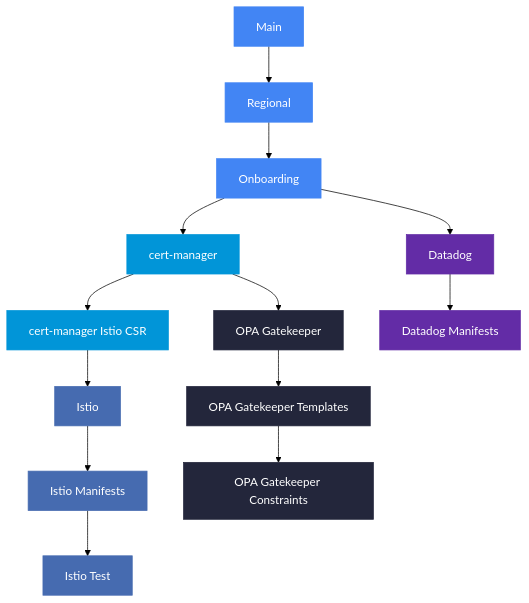
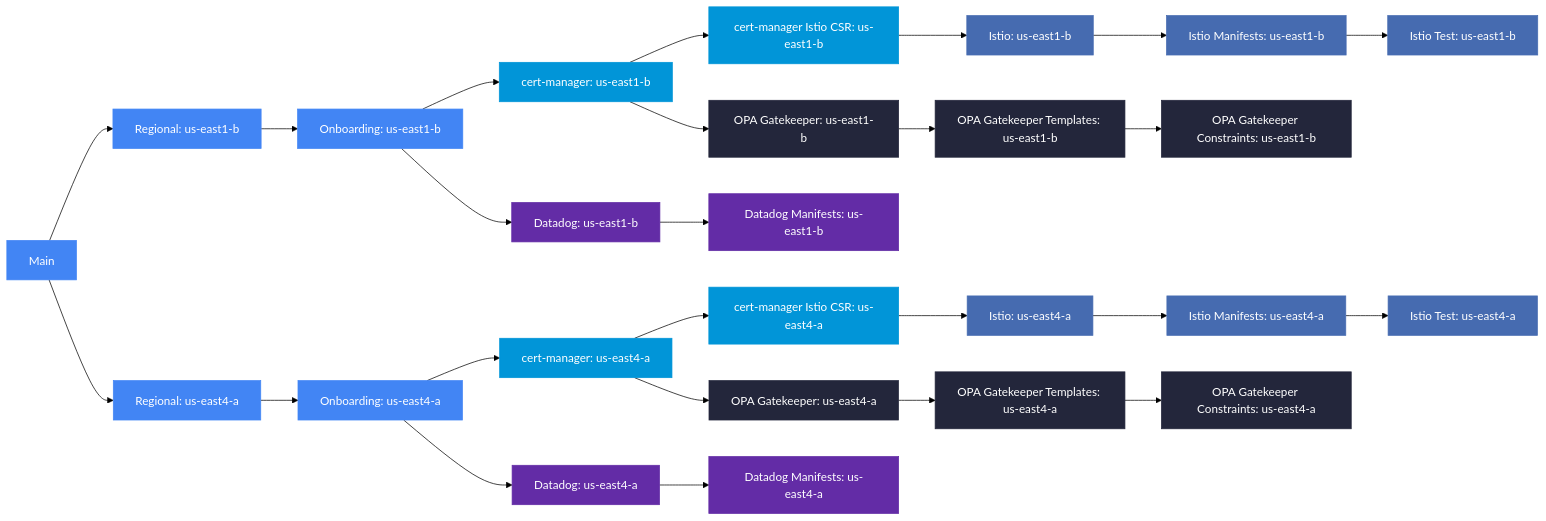
The diagram in README.md (osinfra-io/pt-pneuma), drawn with Mermaid (forest theme) before and after one commit. The commit also changed other lines of this file, not shown here.

Commit message:
Show multi-zone horizontal deployment dependency graph (#77)

````diff
--- a/README.md
+++ b/README.md
@@ -34,30 +34,36 @@
 ```mermaid
-flowchart TD
+flowchart LR
     classDef gke fill:#4285F4,stroke:#4285F4,color:#fff
     classDef certmanager fill:#0195D8,stroke:#0195D8,color:#fff
     classDef istio fill:#466BB0,stroke:#466BB0,color:#fff
     classDef datadog fill:#632CA6,stroke:#632CA6,color:#fff
     classDef opa fill:#23263B,stroke:#23263B,color:#fff
 
     main["Main"]:::gke
-    zone["Regional"]:::gke
-    onboarding["Onboarding"]:::gke
 
-    main --> zone
-    zone --> onboarding
-    onboarding --> cert_manager["cert-manager"]:::certmanager
+    main --> z1_regional["Regional: us-east1-b"]:::gke
+    z1_regional --> z1_onboarding["Onboarding: us-east1-b"]:::gke
+    z1_onboarding --> z1_cert_manager["cert-manager: us-east1-b"]:::certmanager
+    z1_onboarding --> z1_datadog["Datadog: us-east1-b"]:::datadog
+    z1_cert_manager --> z1_cert_manager_istio_csr["cert-manager Istio CSR: us-east1-b"]:::certmanager
+    z1_cert_manager --> z1_opa_gatekeeper["OPA Gatekeeper: us-east1-b"]:::opa
+    z1_cert_manager_istio_csr --> z1_istio["Istio: us-east1-b"]:::istio
+    z1_istio --> z1_istio_manifests["Istio Manifests: us-east1-b"]:::istio
+    z1_istio_manifests --> z1_istio_test["Istio Test: us-east1-b"]:::istio
+    z1_datadog --> z1_datadog_manifests["Datadog Manifests: us-east1-b"]:::datadog
+    z1_opa_gatekeeper --> z1_opa_templates["OPA Gatekeeper Templates: us-east1-b"]:::opa
+    z1_opa_templates --> z1_opa_constraints["OPA Gatekeeper Constraints: us-east1-b"]:::opa
 
-    cert_manager --> cert_manager_istio_csr["cert-manager Istio CSR"]:::certmanager
-    cert_manager --> opa_gatekeeper["OPA Gatekeeper"]:::opa
-
-    cert_manager_istio_csr --> istio["Istio"]:::istio
-
-    onboarding --> datadog["Datadog"]:::datadog
-
-    datadog --> datadog_manifests["Datadog Manifests"]:::datadog
-    istio --> istio_manifests["Istio Manifests"]:::istio
-    istio_manifests --> istio_test["Istio Test"]:::istio
-
-    opa_gatekeeper --> opa_gatekeeper_templates["OPA Gatekeeper Templates"]:::opa
-    opa_gatekeeper_templates --> opa_gatekeeper_constraints["OPA Gatekeeper Constraints"]:::opa
+    main --> z2_regional["Regional: us-east4-a"]:::gke
+    z2_regional --> z2_onboarding["Onboarding: us-east4-a"]:::gke
+    z2_onboarding --> z2_cert_manager["cert-manager: us-east4-a"]:::certmanager
+    z2_onboarding --> z2_datadog["Datadog: us-east4-a"]:::datadog
+    z2_cert_manager --> z2_cert_manager_istio_csr["cert-manager Istio CSR: us-east4-a"]:::certmanager
+    z2_cert_manager --> z2_opa_gatekeeper["OPA Gatekeeper: us-east4-a"]:::opa
+    z2_cert_manager_istio_csr --> z2_istio["Istio: us-east4-a"]:::istio
+    z2_istio --> z2_istio_manifests["Istio Manifests: us-east4-a"]:::istio
+    z2_istio_manifests --> z2_istio_test["Istio Test: us-east4-a"]:::istio
+    z2_datadog --> z2_datadog_manifests["Datadog Manifests: us-east4-a"]:::datadog
+    z2_opa_gatekeeper --> z2_opa_templates["OPA Gatekeeper Templates: us-east4-a"]:::opa
+    z2_opa_templates --> z2_opa_constraints["OPA Gatekeeper Constraints: us-east4-a"]:::opa
 ```
````
